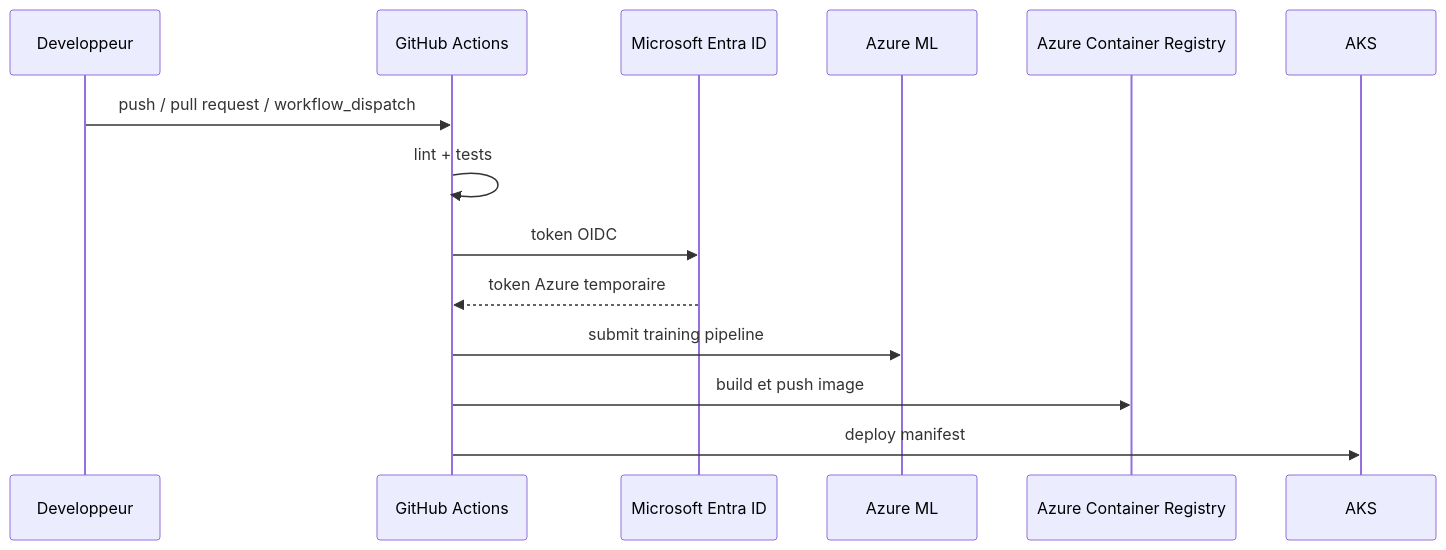
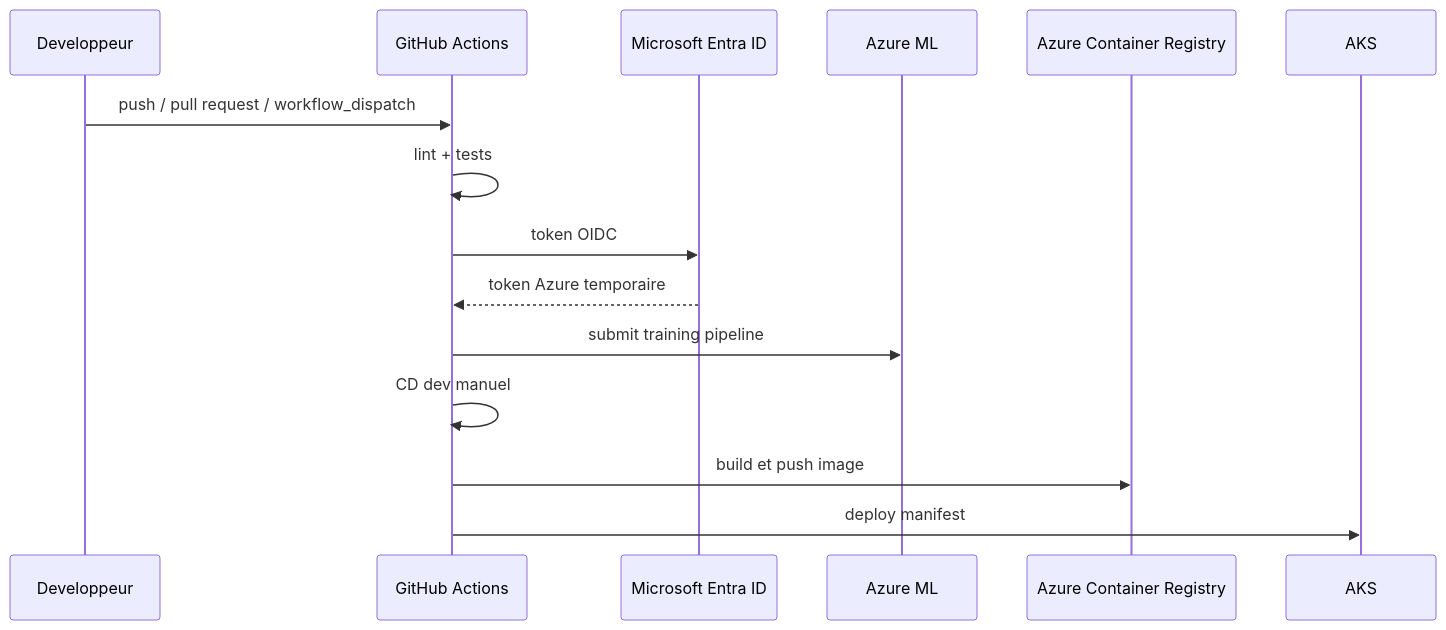
The first of 2 diagrams in docs/wiki/03-ci-cd-github-actions-azure.md (ssime-git/mlops-azure-lab), drawn with Mermaid before and after one commit. The commit also changed other lines of this file and 3 other files, not shown here.

````diff
--- a/docs/wiki/03-ci-cd-github-actions-azure.md
+++ b/docs/wiki/03-ci-cd-github-actions-azure.md
@@ -42,17 +42,18 @@
 ```mermaid
 sequenceDiagram
     participant Dev as Developpeur
     participant GH as GitHub Actions
     participant Entra as Microsoft Entra ID
     participant AML as Azure ML
     participant ACR as Azure Container Registry
     participant AKS as AKS
 
     Dev->>GH: push / pull request / workflow_dispatch
     GH->>GH: lint + tests
     GH->>Entra: token OIDC
     Entra-->>GH: token Azure temporaire
     GH->>AML: submit training pipeline
+    GH->>GH: CD dev manuel
     GH->>ACR: build et push image
     GH->>AKS: deploy manifest
 ```
````
